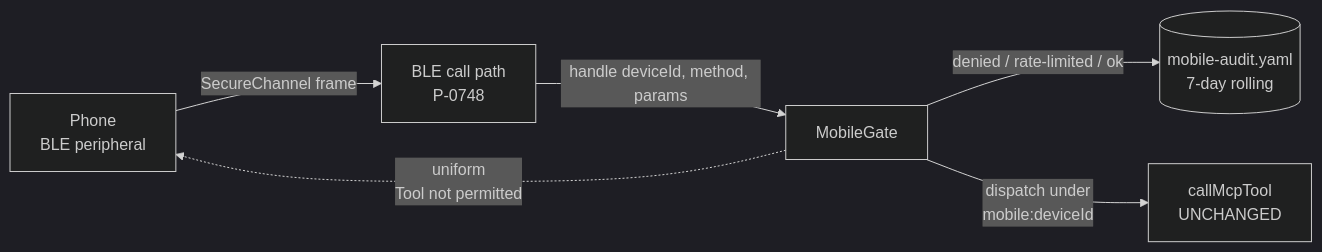
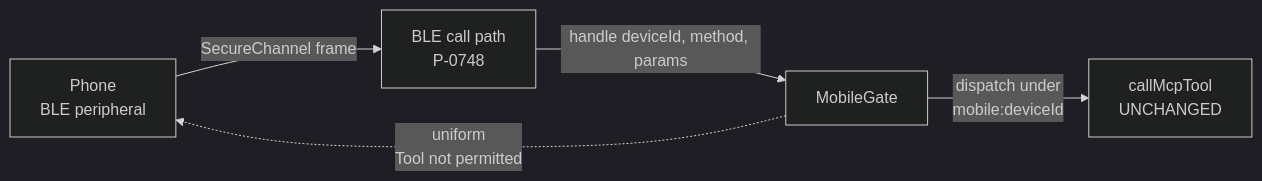
One commit to PetePeter/helm changed the diagram in docs/mobile-gate.md. Above: the diagram before and after it, drawn with Mermaid (dark theme). The commit also changed other lines of this file and 16 other files, not shown here.

First line of the commit message:
refactor(mobile): remove the mobile audit log

````diff
--- a/docs/mobile-gate.md
+++ b/docs/mobile-gate.md
@@ -19,8 +19,7 @@
 ```mermaid
 graph LR
     P[Phone<br/>BLE peripheral] -->|SecureChannel frame| T[BLE call path<br/>P-0748]
     T -->|handle deviceId, method, params| G[MobileGate]
-    G -->|denied / rate-limited / ok| A[(mobile-audit.yaml<br/>7-day rolling)]
     G -->|dispatch under<br/>mobile:deviceId| D[callMcpTool<br/>UNCHANGED]
     G -.->|uniform<br/>Tool not permitted| P
 ```
````
